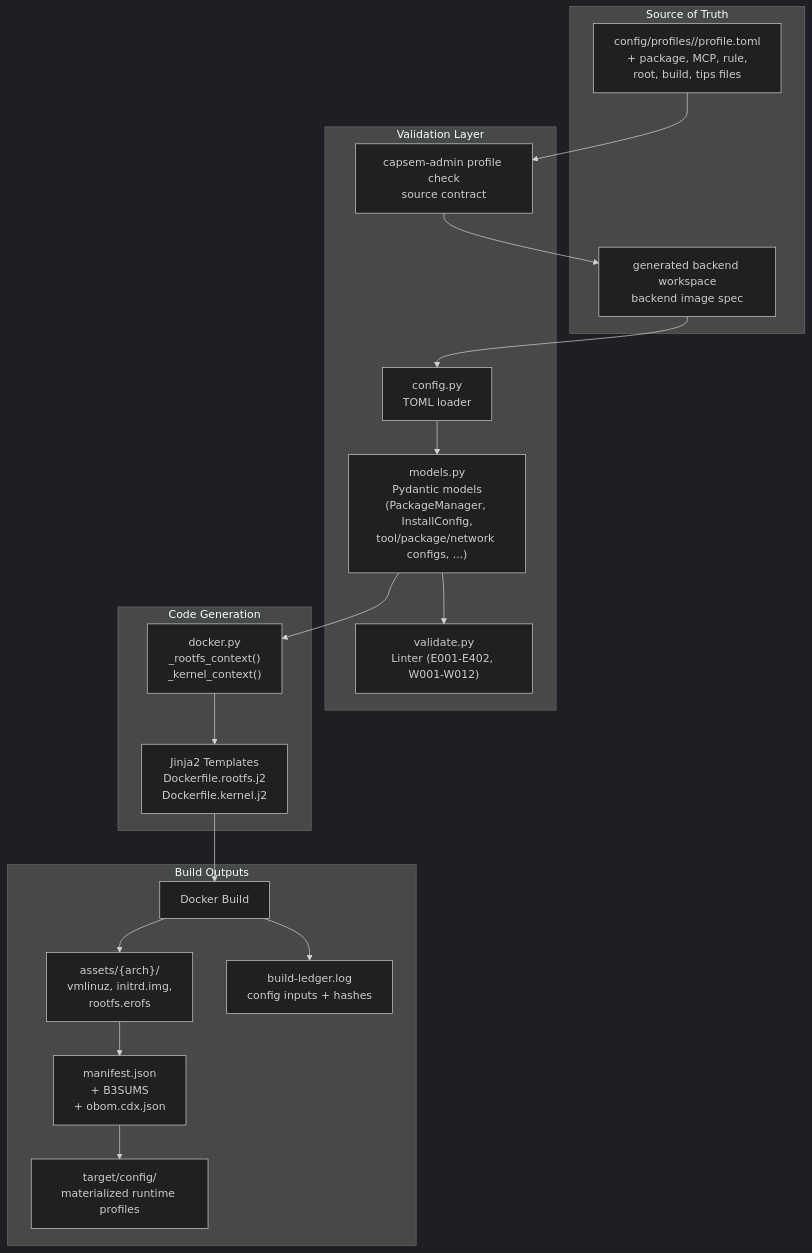
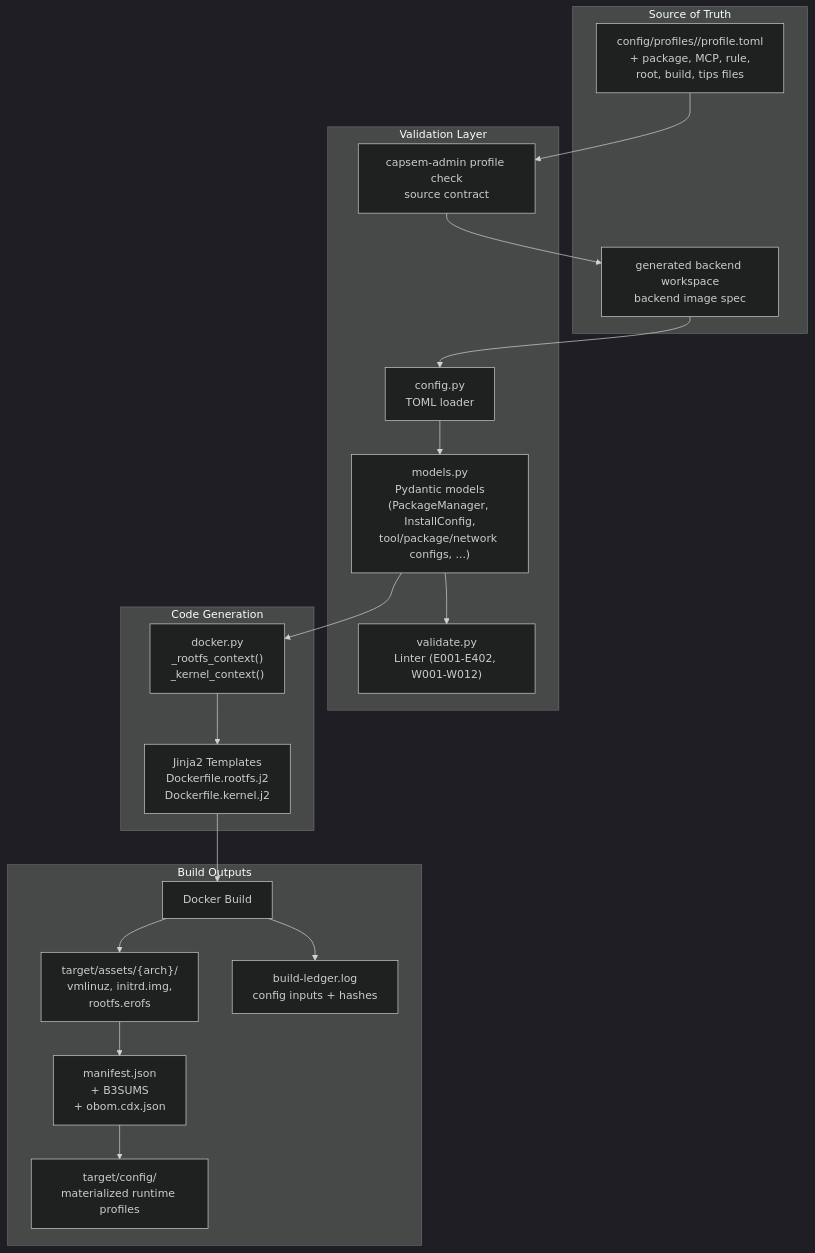
Before and after one commit to google/capsem: the first of 5 diagrams in docs/src/content/docs/architecture/build-system.md, drawn with Mermaid (dark theme). The commit also changed other lines of this file and 54 other files, not shown here.

Commit message:
refactor(build): converge VM assets under target

````diff
--- a/docs/src/content/docs/architecture/build-system.md
+++ b/docs/src/content/docs/architecture/build-system.md
@@ -18,40 +18,40 @@
 ```mermaid
 flowchart TD
   subgraph Input["Source of Truth"]
     PROFILE["config/profiles/<id>/profile.toml\n+ package, MCP, rule,\nroot, build, tips files"]
     MATERIALIZED["generated backend workspace\nbackend image spec"]
   end
 
   subgraph Validation["Validation Layer"]
     Profile["capsem-admin profile check\nsource contract"]
     Config["config.py\nTOML loader"]
     Models["models.py\nPydantic models\n(PackageManager, InstallConfig,\ntool/package/network configs, ...)"]
     Validate["validate.py\nLinter (E001-E402, W001-W012)"]
   end
 
   subgraph Generation["Code Generation"]
     Context["docker.py\n_rootfs_context()\n_kernel_context()"]
     Jinja["Jinja2 Templates\nDockerfile.rootfs.j2\nDockerfile.kernel.j2"]
   end
 
   subgraph Output["Build Outputs"]
     Docker["Docker Build"]
-    Assets["assets/{arch}/\nvmlinuz, initrd.img,\nrootfs.erofs"]
+    Assets["target/assets/{arch}/\nvmlinuz, initrd.img,\nrootfs.erofs"]
     Ledger["build-ledger.log\nconfig inputs + hashes"]
     BOM["manifest.json\n+ B3SUMS\n+ obom.cdx.json"]
     RuntimeConfig["target/config/\nmaterialized runtime profiles"]
   end
 
   PROFILE --> Profile
   Profile --> MATERIALIZED
   MATERIALIZED --> Config
   Config --> Models
   Models --> Validate
   Models --> Context
   Context --> Jinja
   Jinja --> Docker
   Docker --> Assets
   Docker --> Ledger
   Assets --> BOM
   BOM --> RuntimeConfig
 ```
````
